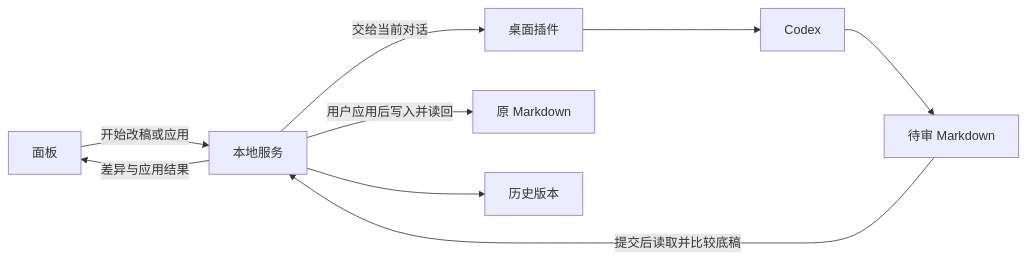
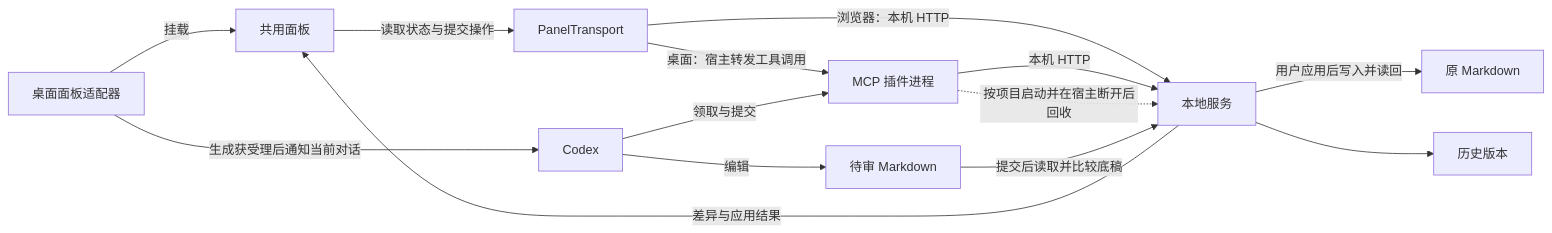
One commit to xiesunsun/new-agora changed the diagram in docs/architecture.md. Above: the diagram before and after it, drawn with Mermaid. The commit also changed other lines of this file and 120 other files, not shown here.

````diff
--- a/docs/architecture.md
+++ b/docs/architecture.md
@@ -5,11 +5,16 @@
 ```mermaid
 flowchart LR
-    Panel[面板] -->|开始改稿或应用| Service[本地服务]
-    Service -->|交给当前对话| Plugin[桌面插件]
-    Plugin --> Host[Codex]
-    Host --> Candidate[待审 Markdown]
+    Panel[共用面板] -->|读取状态与提交操作| Transport[PanelTransport]
+    Transport -->|浏览器：本机 HTTP| Service[本地服务]
+    Transport -->|桌面：宿主转发工具调用| Plugin[MCP 插件进程]
+    Plugin -->|本机 HTTP| Service
+    Plugin -.->|按项目启动并在宿主断开后回收| Service
+    Adapter[桌面面板适配器] -->|生成获受理后通知当前对话| Host[Codex]
+    Adapter -->|挂载| Panel
+    Host -->|领取与提交| Plugin
+    Host -->|编辑| Candidate[待审 Markdown]
     Candidate -->|提交后读取并比较底稿| Service
     Service -->|差异与应用结果| Panel
     Service -->|用户应用后写入并读回| File[原 Markdown]
     Service --> Versions[历史版本]
 ```
````
